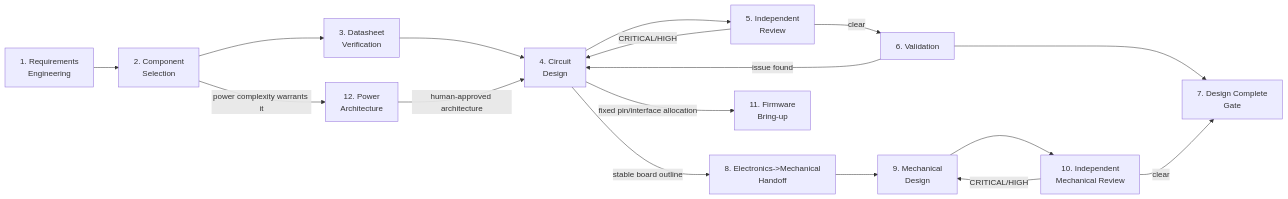
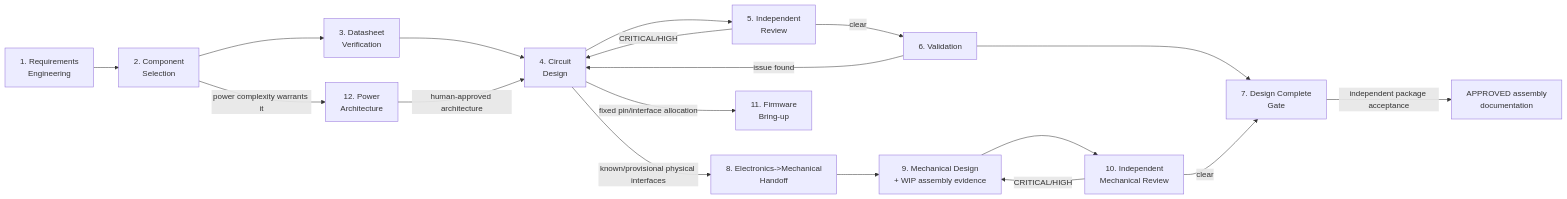
Before and after one commit to ktanino10/ai-hardware-engineering-team: the diagram in docs/workflow.md, drawn with Mermaid. The commit also changed other lines of this file and 20 other files, not shown here.

First line of the commit message:
feat(workflow): require revision-linked Fusion assembly evidence

````diff
--- a/docs/workflow.md
+++ b/docs/workflow.md
@@ -10,19 +10,20 @@
 ```mermaid
 flowchart LR
     A["1. Requirements\nEngineering"] --> B["2. Component\nSelection"]
     B --> C["3. Datasheet\nVerification"]
     C --> D["4. Circuit\nDesign"]
     D --> E["5. Independent\nReview"]
     E -- "CRITICAL/HIGH" --> D
     E -- "clear" --> F["6. Validation"]
     F -- "issue found" --> D
     F --> G["7. Design Complete\nGate"]
-    D -- "stable board outline" --> H8["8. Electronics->Mechanical\nHandoff"]
-    H8 --> H9["9. Mechanical\nDesign"]
+    D -- "known/provisional physical interfaces" --> H8["8. Electronics->Mechanical\nHandoff"]
+    H8 --> H9["9. Mechanical Design\n+ WIP assembly evidence"]
     H9 --> H10["10. Independent\nMechanical Review"]
     H10 -- "CRITICAL/HIGH" --> H9
     H10 -- "clear" --> G
+    G -- "independent package acceptance" --> R["APPROVED assembly\ndocumentation"]
     D -- "fixed pin/interface allocation" --> H11["11. Firmware\nBring-up"]
     B -- "power complexity warrants it" --> H12["12. Power\nArchitecture"]
     H12 -- "human-approved architecture" --> D
 ```
````
